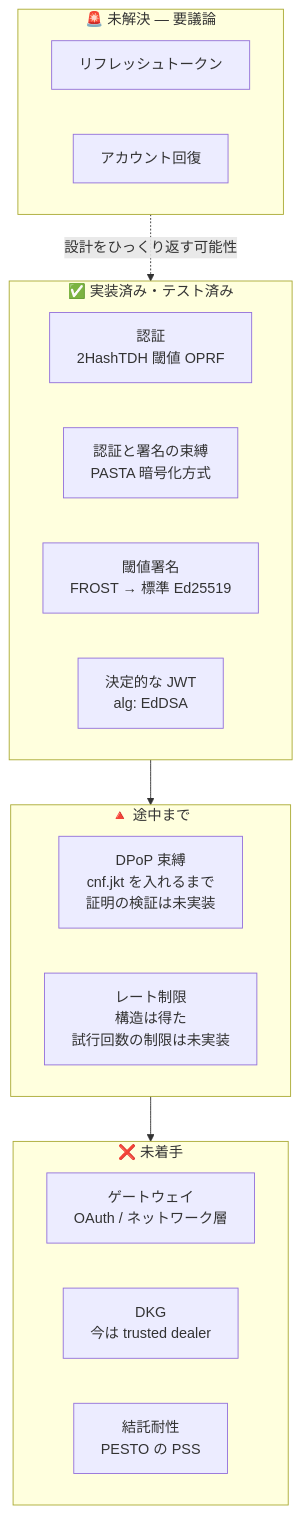
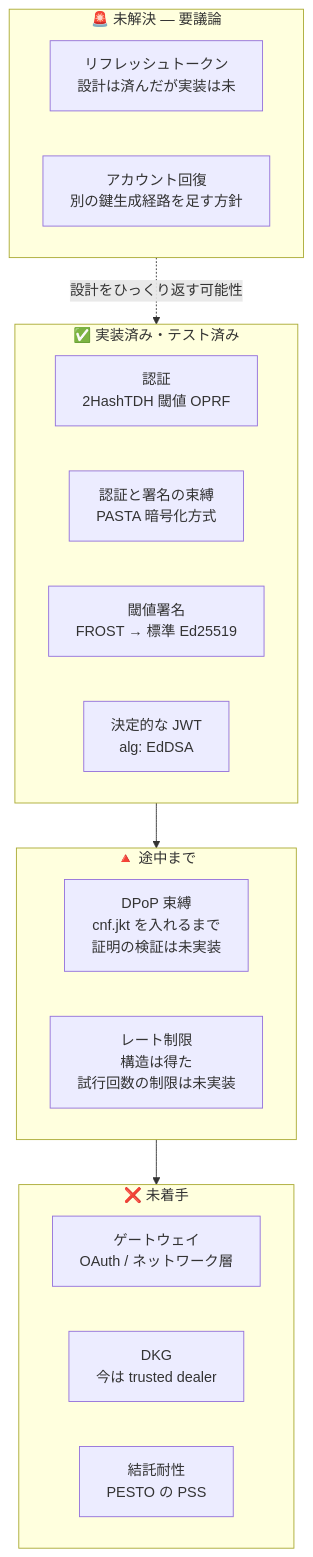
The second of 5 diagrams in docs/status.md (sururu-k/decentralized_identity_provider), drawn with Mermaid before and after one commit. The commit also changed other lines of this file, not shown here.

````diff
--- a/docs/status.md
+++ b/docs/status.md
@@ -35,32 +35,32 @@
 ```mermaid
 graph TB
     subgraph Done["✅ 実装済み・テスト済み"]
         direction LR
         d1["認証<br>2HashTDH 閾値 OPRF"]
         d2["認証と署名の束縛<br>PASTA 暗号化方式"]
         d3["閾値署名<br>FROST → 標準 Ed25519"]
         d4["決定的な JWT<br>alg: EdDSA"]
     end
 
     subgraph Half["🔺 途中まで"]
         direction LR
         h1["DPoP 束縛<br>cnf.jkt を入れるまで<br>証明の検証は未実装"]
         h2["レート制限<br>構造は得た<br>試行回数の制限は未実装"]
     end
 
     subgraph Todo["❌ 未着手"]
         direction LR
         t1["ゲートウェイ<br>OAuth / ネットワーク層"]
         t2["DKG<br>今は trusted dealer"]
         t3["結託耐性<br>PESTO の PSS"]
     end
 
     subgraph Open["🚨 未解決 — 要議論"]
         direction LR
-        o1["リフレッシュトークン"]
-        o2["アカウント回復"]
+        o1["リフレッシュトークン<br>設計は済んだが実装は未"]
+        o2["アカウント回復<br>別の鍵生成経路を足す方針"]
     end
 
     Done --> Half --> Todo
     Open -.->|"設計をひっくり返す可能性"| Done
 ```
````
